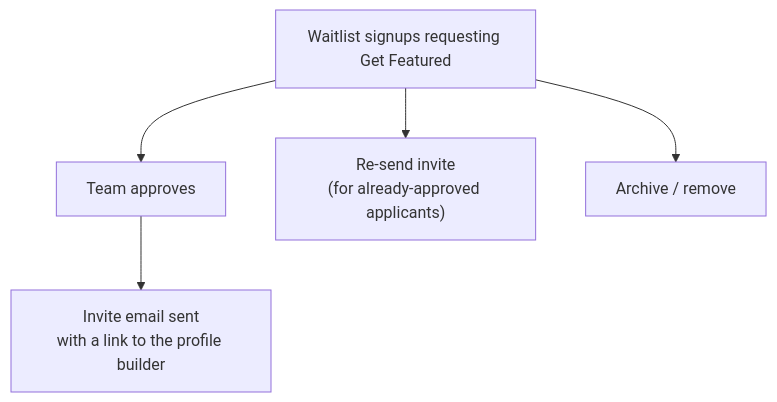
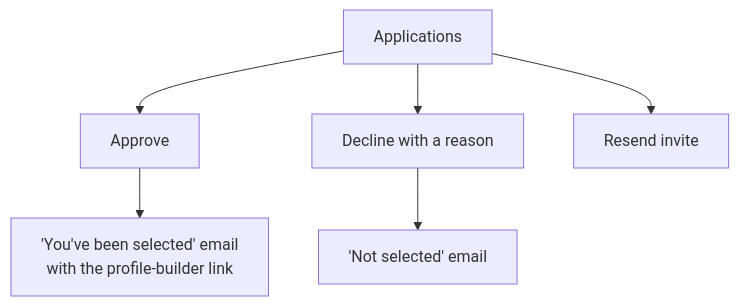
Before and after one commit to ss-travingat/devportal: the third of 3 diagrams in src/docs/Admin-Platform.md, drawn with Mermaid. The commit also changed other lines of this file and 7 other files, not shown here.

````diff
--- a/src/docs/Admin-Platform.md
+++ b/src/docs/Admin-Platform.md
@@ -54,7 +56,6 @@
 ```mermaid
 flowchart TD
-    List["Waitlist signups requesting Get Featured"] --> Approve["Team approves"]
-    Approve --> Email["Invite email sent\nwith a link to the profile builder"]
-    List --> Resend["Re-send invite\n(for already-approved applicants)"]
-    List --> Archive["Archive / remove"]
+    List["Applications"] --> Approve["Approve"] --> Invite["'You've been selected' email\nwith the profile-builder link"]
+    List --> Decline["Decline with a reason"] --> Notice["'Not selected' email"]
+    List --> Resend["Resend invite"]
 ```
````
